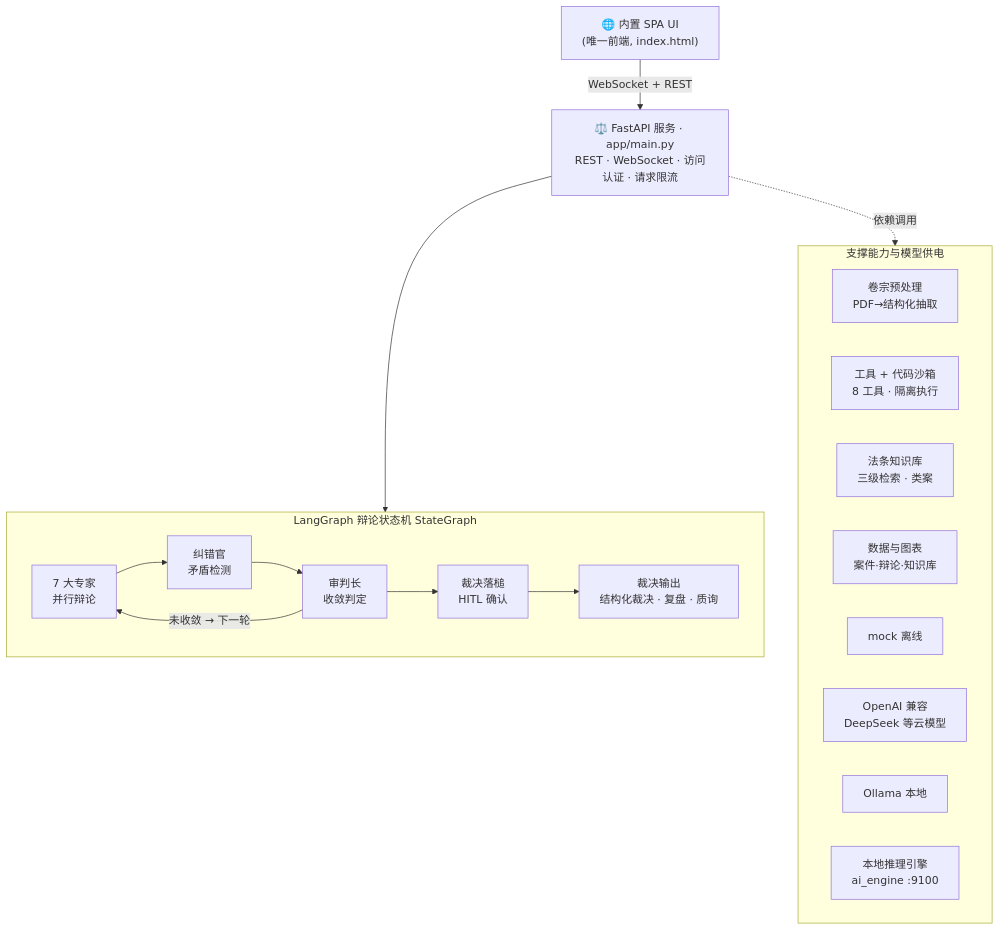
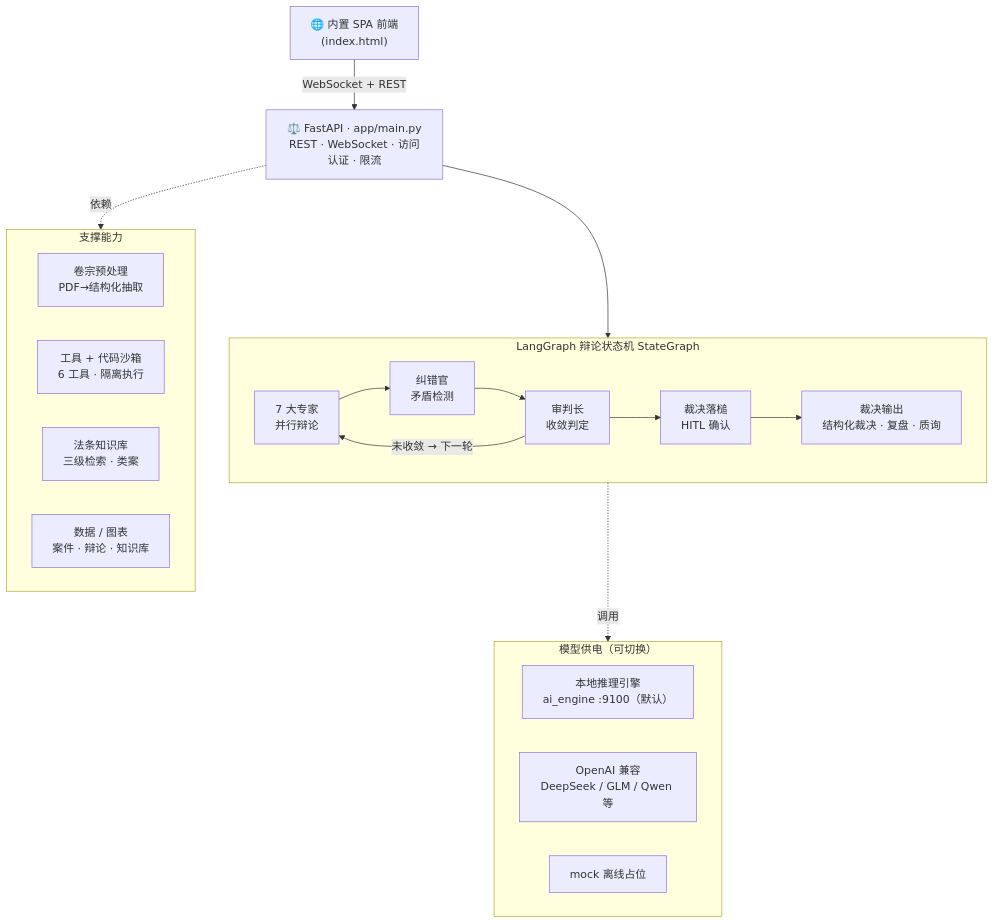
One commit to Morningstar202604/VerdictAI changed the first of 2 diagrams in README.md. Above: the diagram before and after it, drawn with Mermaid. The commit also changed other lines of this file and 2 other files, not shown here.

````diff
--- a/README.md
+++ b/README.md
@@ -235,30 +88,33 @@
 ```mermaid
 flowchart TB
-    UI1["🌐 内置 SPA UI<br/>(唯一前端, index.html)"]
-    API["⚖️ FastAPI 服务 · app/main.py<br/>REST · WebSocket · 访问认证 · 请求限流"]
-
+    UI1["🌐 内置 SPA 前端<br/>(index.html)"]
+    API["⚖️ FastAPI · app/main.py<br/>REST · WebSocket · 访问认证 · 限流"]
     UI1 -->|WebSocket + REST| API
 
     subgraph GRAPH["LangGraph 辩论状态机 StateGraph"]
         direction LR
         E1["7 大专家<br/>并行辩论"] --> E2["纠错官<br/>矛盾检测"]
         E2 --> E3["审判长<br/>收敛判定"]
         E3 -->|未收敛 → 下一轮| E1
         E3 --> E4["裁决落槌<br/>HITL 确认"]
         E4 --> V["裁决输出<br/>结构化裁决 · 复盘 · 质询"]
     end
     API --> GRAPH
 
-    subgraph SUPPORT["支撑能力与模型供电"]
+    subgraph SUPPORT["支撑能力"]
         direction LR
         S1["卷宗预处理<br/>PDF→结构化抽取"]
-        S2["工具 + 代码沙箱<br/>8 工具 · 隔离执行"]
+        S2["工具 + 代码沙箱<br/>6 工具 · 隔离执行"]
         S3["法条知识库<br/>三级检索 · 类案"]
-        S4["数据与图表<br/>案件·辩论·知识库"]
-        M1["mock 离线"]
-        M2["OpenAI 兼容<br/>DeepSeek 等云模型"]
-        M3["Ollama 本地"]
-        M4["本地推理引擎<br/>ai_engine :9100"]
+        S4["数据 / 图表<br/>案件 · 辩论 · 知识库"]
     end
-    API -. 依赖调用 .-> SUPPORT
+    API -. 依赖 .-> SUPPORT
+
+    subgraph MODELS["模型供电（可切换）"]
+        direction LR
+        M1["本地推理引擎<br/>ai_engine :9100（默认）"]
+        M2["OpenAI 兼容<br/>DeepSeek / GLM / Qwen 等"]
+        M3["mock 离线占位"]
+    end
+    GRAPH -. 调用 .-> MODELS
 ```
````
